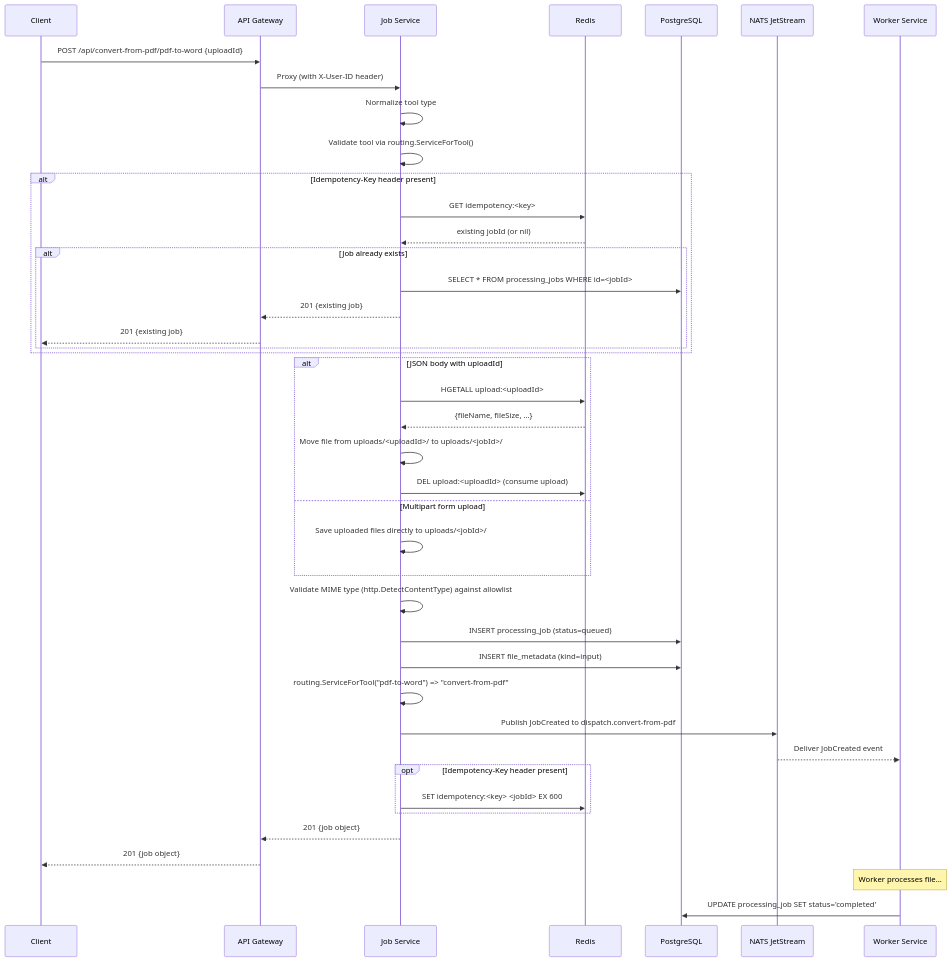
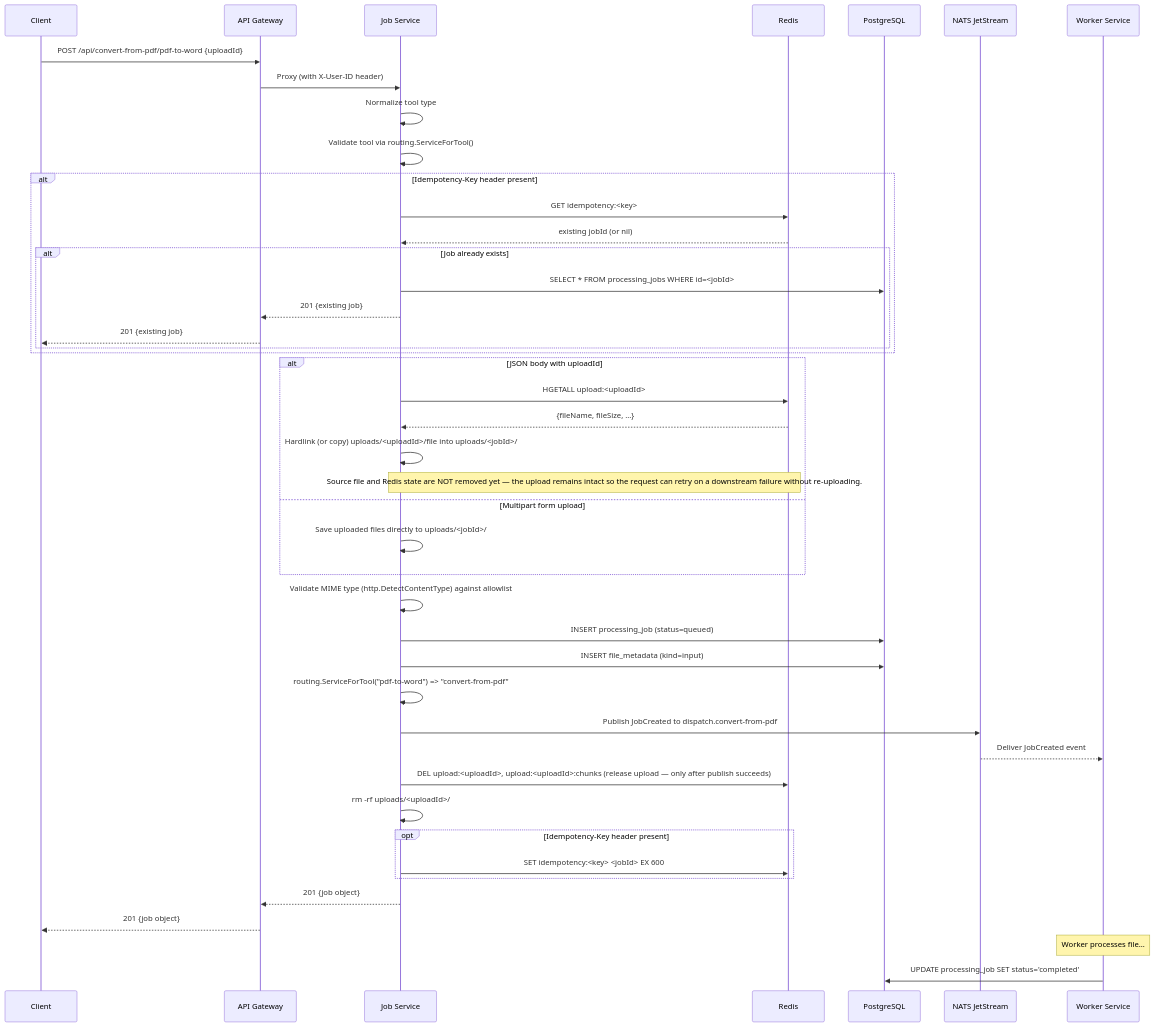
The second of 4 diagrams in docs/developer/services/JOB_SERVICE.md (Prachidubey2003/fyredocs_backend), drawn with Mermaid before and after one commit. The commit also changed other lines of this file and 6 other files, not shown here.

Commit message:
Refactor upload handling in job service for improved retry safety and state management

````diff
--- a/docs/developer/services/JOB_SERVICE.md
+++ b/docs/developer/services/JOB_SERVICE.md
@@ -284,54 +284,57 @@
 ```mermaid
 sequenceDiagram
     participant C as Client
     participant GW as API Gateway
     participant JS as Job Service
     participant R as Redis
     participant DB as PostgreSQL
     participant NATS as NATS JetStream
     participant W as Worker Service
 
     C->>GW: POST /api/convert-from-pdf/pdf-to-word {uploadId}
     GW->>JS: Proxy (with X-User-ID header)
 
     JS->>JS: Normalize tool type
     JS->>JS: Validate tool via routing.ServiceForTool()
 
     alt Idempotency-Key header present
         JS->>R: GET idempotency:<key>
         R-->>JS: existing jobId (or nil)
         alt Job already exists
             JS->>DB: SELECT * FROM processing_jobs WHERE id=<jobId>
             JS-->>GW: 201 {existing job}
             GW-->>C: 201 {existing job}
         end
     end
 
     alt JSON body with uploadId
         JS->>R: HGETALL upload:<uploadId>
         R-->>JS: {fileName, fileSize, ...}
-        JS->>JS: Move file from uploads/<uploadId>/ to uploads/<jobId>/
-        JS->>R: DEL upload:<uploadId> (consume upload)
+        JS->>JS: Hardlink (or copy) uploads/<uploadId>/file into uploads/<jobId>/
+        Note over JS,R: Source file and Redis state are NOT removed yet — the upload remains intact so the request can retry on a downstream failure without re-uploading.
     else Multipart form upload
         JS->>JS: Save uploaded files directly to uploads/<jobId>/
     end
 
     JS->>JS: Validate MIME type (http.DetectContentType) against allowlist
 
     JS->>DB: INSERT processing_job (status=queued)
     JS->>DB: INSERT file_metadata (kind=input)
 
     JS->>JS: routing.ServiceForTool("pdf-to-word") => "convert-from-pdf"
     JS->>NATS: Publish JobCreated to dispatch.convert-from-pdf
     NATS-->>W: Deliver JobCreated event
 
+    JS->>R: DEL upload:<uploadId>, upload:<uploadId>:chunks (release upload — only after publish succeeds)
+    JS->>JS: rm -rf uploads/<uploadId>/
+
     opt Idempotency-Key header present
         JS->>R: SET idempotency:<key> <jobId> EX 600
     end
 
     JS-->>GW: 201 {job object}
     GW-->>C: 201 {job object}
 
     Note over W: Worker processes file...
     W->>DB: UPDATE processing_job SET status='completed'
 ```
````
